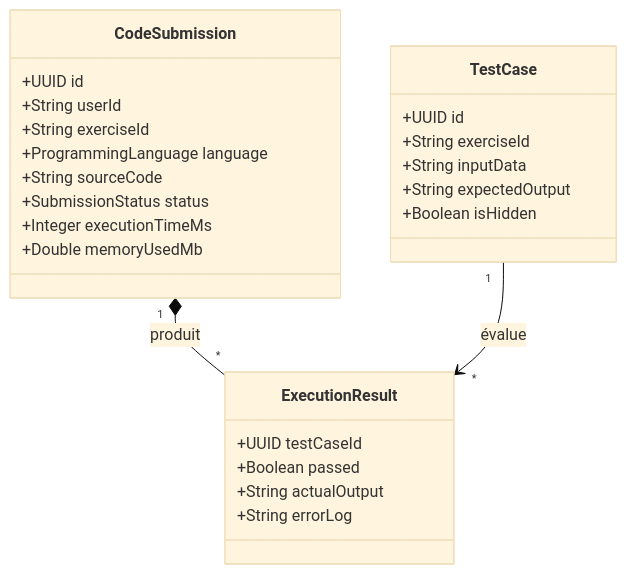
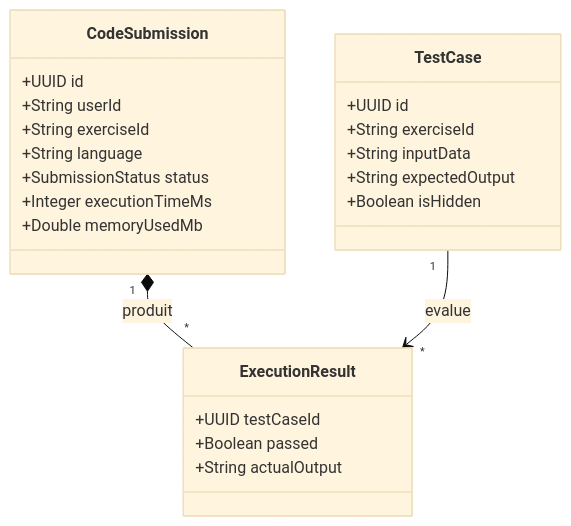
The fifth of 8 diagrams in Documentation/Presentation/Presentation_Seance4.md (Architecture-web/projet), drawn with Mermaid (base theme) before and after one commit. The commit also changed other lines of this file and 2 other files, not shown here.

````diff
--- a/Documentation/Presentation/Presentation_Seance4.md
+++ b/Documentation/Presentation/Presentation_Seance4.md
@@ -359,28 +335,26 @@
 ```mermaid
 classDiagram
     class CodeSubmission {
         +UUID id
         +String userId
         +String exerciseId
-        +ProgrammingLanguage language
-        +String sourceCode
+        +String language
         +SubmissionStatus status
         +Integer executionTimeMs
         +Double memoryUsedMb
     }
     class TestCase {
         +UUID id
         +String exerciseId
         +String inputData
         +String expectedOutput
         +Boolean isHidden
     }
     class ExecutionResult {
         +UUID testCaseId
         +Boolean passed
         +String actualOutput
-        +String errorLog
     }
     CodeSubmission "1" *-- "*" ExecutionResult : produit
-    TestCase "1" --> "*" ExecutionResult : évalue
+    TestCase "1" --> "*" ExecutionResult : evalue
 ```
````
